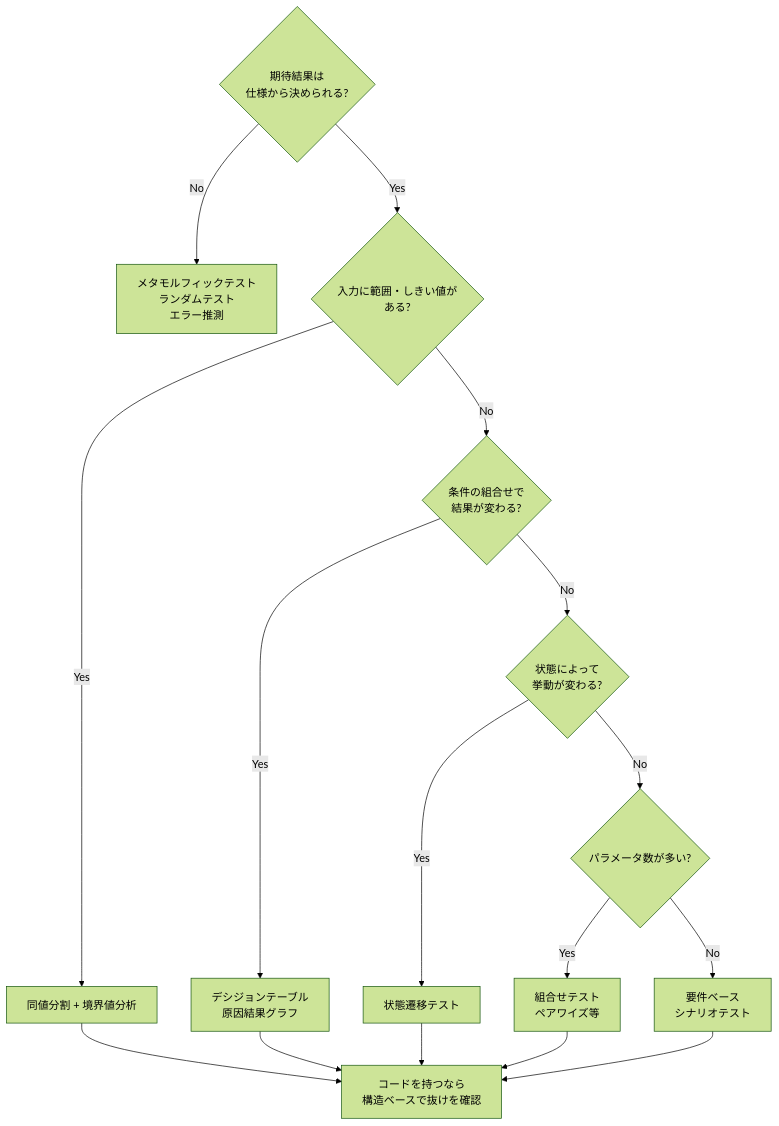
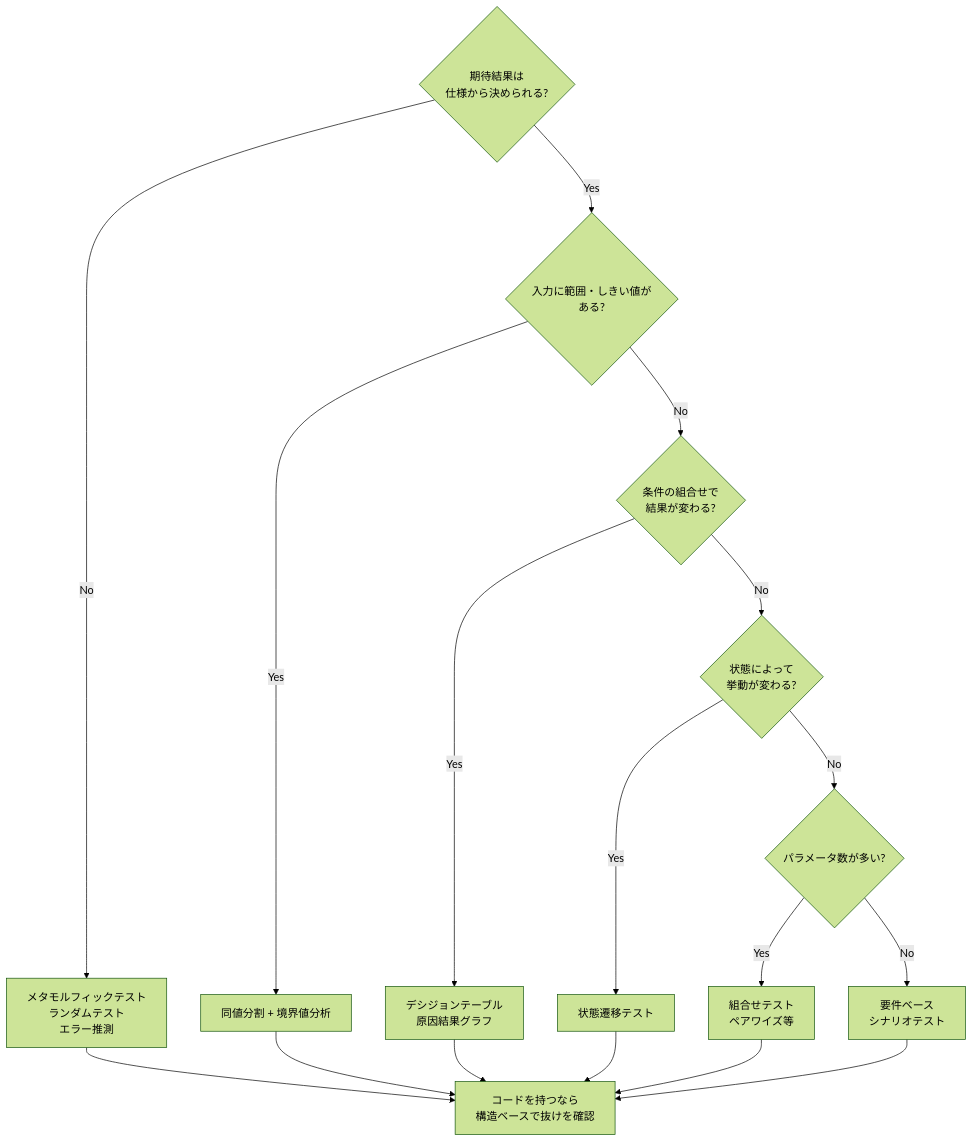
One commit to myoshi2891/Quality-Assurance-Studies changed the eighth of 10 diagrams in Iso-29119-4-test-techniques-guide.md. Above: the diagram before and after it, drawn with Mermaid (forest theme). The commit also changed other lines of this file, not shown here.

Commit message:
docs(iso-29119-4): note BNF calendar date limitation and connect M1 to structure-based review node

````diff
--- a/Iso-29119-4-test-techniques-guide.md
+++ b/Iso-29119-4-test-techniques-guide.md
@@ -660,19 +662,20 @@
 ```mermaid
 flowchart TD
     Q1{"期待結果は\n仕様から決められる?"}
     Q1 -->|"No"| M1["メタモルフィックテスト\nランダムテスト\nエラー推測"]
     Q1 -->|"Yes"| Q2{"入力に範囲・しきい値が\nある?"}
     Q2 -->|"Yes"| M2["同値分割 + 境界値分析"]
     Q2 -->|"No"| Q3{"条件の組合せで\n結果が変わる?"}
     Q3 -->|"Yes"| M3["デシジョンテーブル\n原因結果グラフ"]
     Q3 -->|"No"| Q4{"状態によって\n挙動が変わる?"}
     Q4 -->|"Yes"| M4["状態遷移テスト"]
     Q4 -->|"No"| Q5{"パラメータ数が多い?"}
     Q5 -->|"Yes"| M5["組合せテスト\nペアワイズ等"]
     Q5 -->|"No"| M6["要件ベース\nシナリオテスト"]
-    M2 --> Z["コードを持つなら\n構造ベースで抜けを確認"]
+    M1 --> Z["コードを持つなら\n構造ベースで抜けを確認"]
+    M2 --> Z
     M3 --> Z
     M4 --> Z
     M5 --> Z
     M6 --> Z
 ```
````
